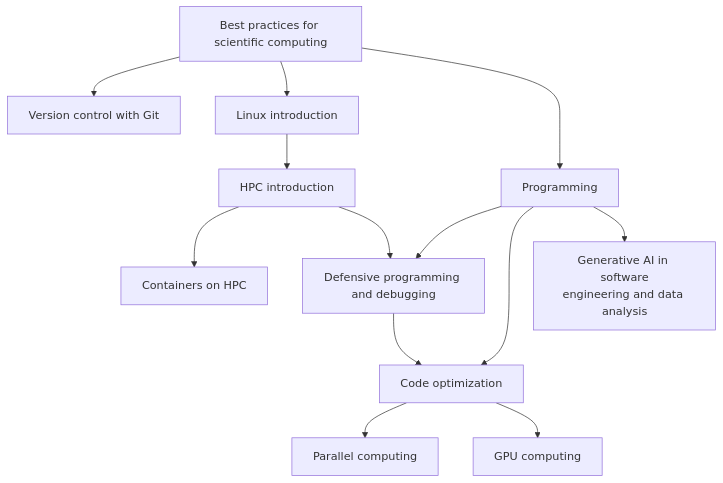
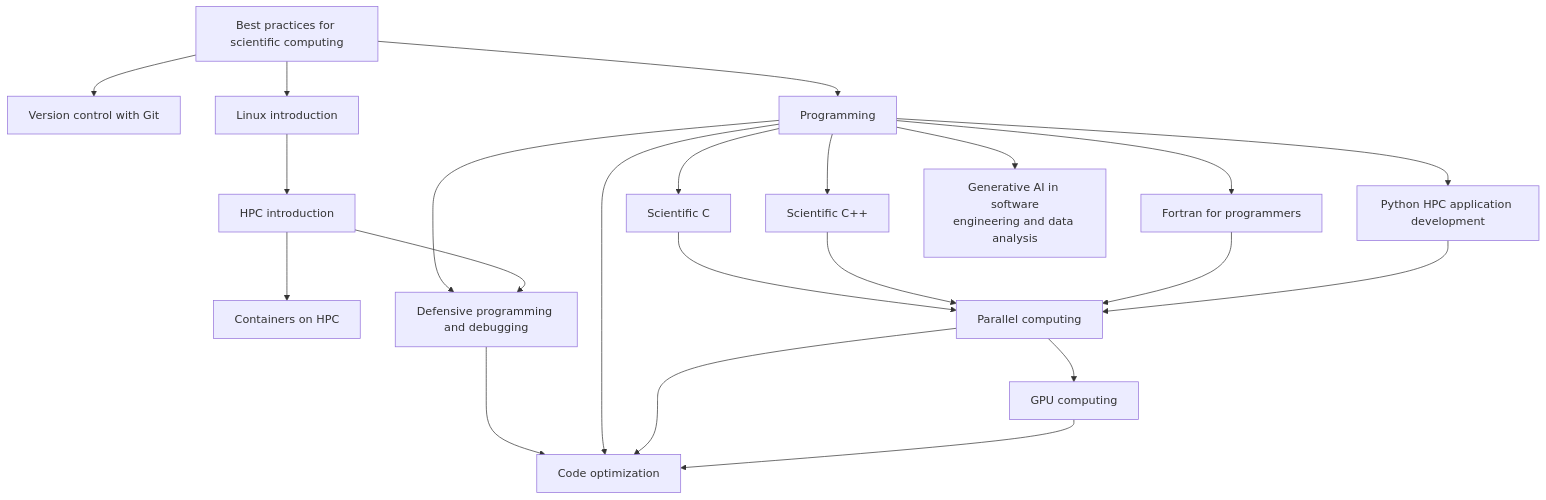
One commit to gjbex/Training-sessions changed the diagram in docs/learning_path_hpc_application_development.md. Above: the diagram before and after it, drawn with Mermaid. The commit also changed other lines of this file and 4 other files, not shown here.

````diff
--- a/docs/learning_path_hpc_application_development.md
+++ b/docs/learning_path_hpc_application_development.md
@@ -7,26 +7,39 @@
 ```mermaid
 graph TD
   Best_practices_for_scientific_computing[Best practices for scientific computing] --> Version_control_with_git[Version control with Git]
   Best_practices_for_scientific_computing[Best practices for scientific computing] --> Linux_intro[Linux introduction]
   Linux_intro --> HPC_intro[HPC introduction]
   HPC_intro --> Containers_on_HPC[Containers on HPC]
   Best_practices_for_scientific_computing --> Programming[Programming]
+  Programming --> Scientific_C[Scientific C]
+  Programming --> Scientific_Cpp[Scientific C++]
+  Programming --> Fortran_for_programmers[Fortran for programmers]
+  Programming --> Python_for_HPC_applications[Python HPC application development]
   Programming --> Defensive_programming_and_debugging[Defensive programming and debugging]
   Defensive_programming_and_debugging --> Code_optimization[Code optimization]
   Programming --> Code_optimization
-  Programming --> Generative_AI_in_software_engineering_and_data_analysis[Generative AI in software\nengineering and data analysis]
+  Programming --> Generative_ai_for_software_engineering_and_data_analysis[Generative AI in software\nengineering and data analysis]
   HPC_intro --> Defensive_programming_and_debugging
-  Code_optimization --> Parallel_computing[Parallel computing]
-  Code_optimization --> GPU_computing[GPU computing]
+  Scientific_C --> Parallel_computing[Parallel computing]
+  Scientific_Cpp --> Parallel_computing
+  Fortran_for_programmers --> Parallel_computing
+  Python_for_HPC_applications --> Parallel_computing
+  Parallel_computing --> GPU_computing[GPU computing]
+  Parallel_computing --> Code_optimization
+  GPU_computing --> Code_optimization
   click Best_practices_for_scientific_computing "https://gjbex.github.io/Best-practices-for-scientific-computing/" "Best practices for scientific computing"
   click Version_control_with_git "https://gjbex.github.io/Version-control-with-git" "Version control with Git"
   click Linux_intro "https://gjbex.github.io/Training-sessions/linux_intro" "Linux introduction"
   click HPC_intro "https://gjbex.github.io/Training-sessions/hpc_intro" "HPC introduction"
   click Containers_on_HPC "https://gjbex.github.io/Containers-for-HPC/" "Containers on HPC"
   click Generative_ai_for_software_engineering_and_data_analysis "https://gjbex.github.io/Training-sessions/generative_ai_for_software_engineering_and_data_analysis" "Generative AI in software\nengineering and data analysis"
   click Programming "https://gjbex.github.io/Training-sessions/programming" "Programming"
-  click Defensive_programming_and_debugging "https://gjbex.github.io/Defensive_programming_and_debugging/" "Defensive programming and debugging"
+  click Scientific_C "https://gjbex.github.io/Scientific-C/" "Scientific C"
+  click Scientific_Cpp "https://gjbex.github.io/Scientific-C-plus-plus/" "Scientific C++"
+  click Fortran_for_programmers "https://gjbex.github.io/Fortran-for-programmers/" "Fortran for programmers"
+  click Python_for_HPC_applications "https://gjbex.github.io/Training-sessions/learning_path_developing_python_hpc_applications" "Python HPC application development"
+  click Defensive_programming_and_debugging "https://gjbex.github.io/Defensive-programming-and-debugging/" "Defensive programming and debugging"
   click Code_optimization "https://gjbex.github.io/Code-optimization/" "Code optimization"
   click Parallel_computing "https://gjbex.github.io/Training-sessions/parallel_computing" "Parallel computing"
   click GPU_computing "https://gjbex.github.io/Training-sessions/gpu_computing" "GPU computing"
 ```
````
